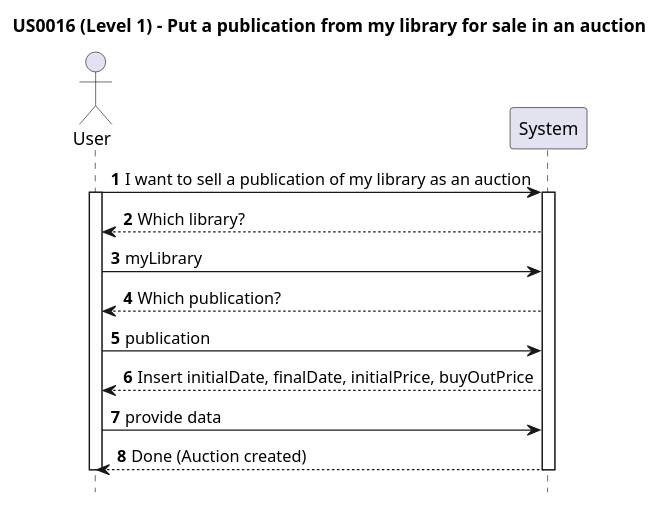
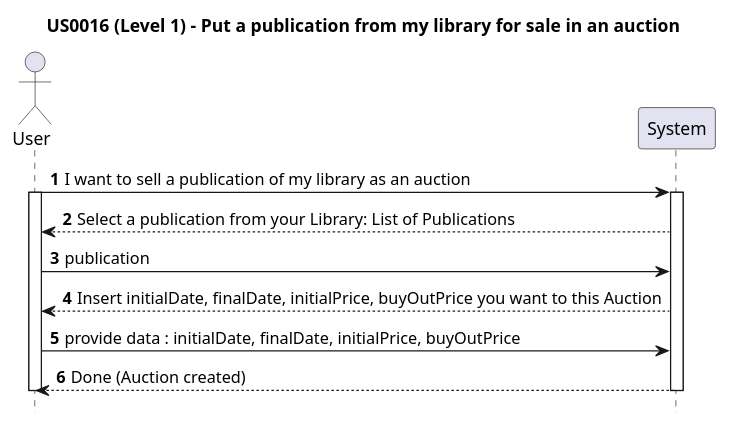
The diagram in Diagrams/SequenceDiagrams/N1/US016-To-put-for-sale-as-an-auction-publication-in-my-library.puml (AndrePereiraGitH/SWitCH-Project-Team_A), drawn with PlantUML before and after one commit. The commit also changed 2 other files, not shown here.

Commit message:
US013 + US016 diagrams improvement #107 #108 @Marrike

```diff
--- a/Diagrams/SequenceDiagrams/N1/US016-To-put-for-sale-as-an-auction-publication-in-my-library.puml
+++ b/Diagrams/SequenceDiagrams/N1/US016-To-put-for-sale-as-an-auction-publication-in-my-library.puml
@@ -1,22 +1,20 @@
 @startuml
 autonumber
 hide footbox
 title US0016 (Level 1) - Put a publication from my library for sale in an auction
 
 actor User
 participant System
 
 User -> System : I want to sell a publication of my library as an auction
 activate User
 activate System
-System --> User : Which library?
-User -> System : myLibrary
-System --> User : Which publication?
+System --> User : Select a publication from your Library: List of Publications
 User -> System : publication
-System --> User : Insert initialDate, finalDate, initialPrice, buyOutPrice
-User -> System : provide data
+System --> User : Insert initialDate, finalDate, initialPrice, buyOutPrice you want to this Auction
+User -> System : provide data : initialDate, finalDate, initialPrice, buyOutPrice
 
 System --> User : Done (Auction created)
 deactivate System
 deactivate User
 @enduml
```
